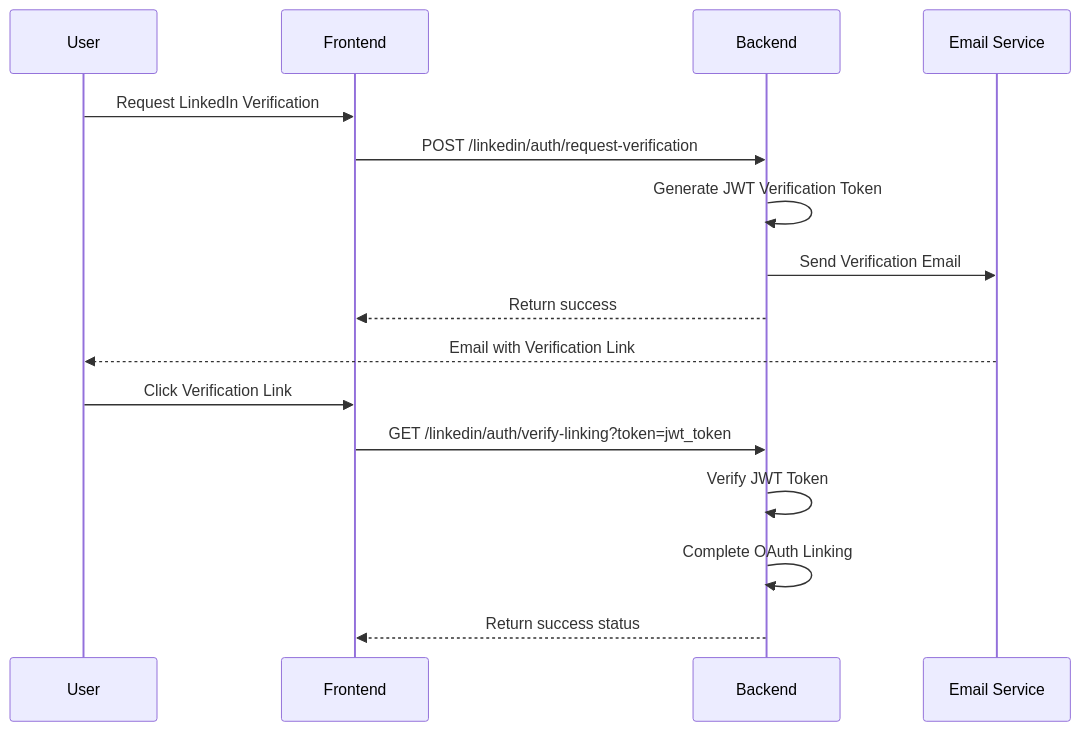
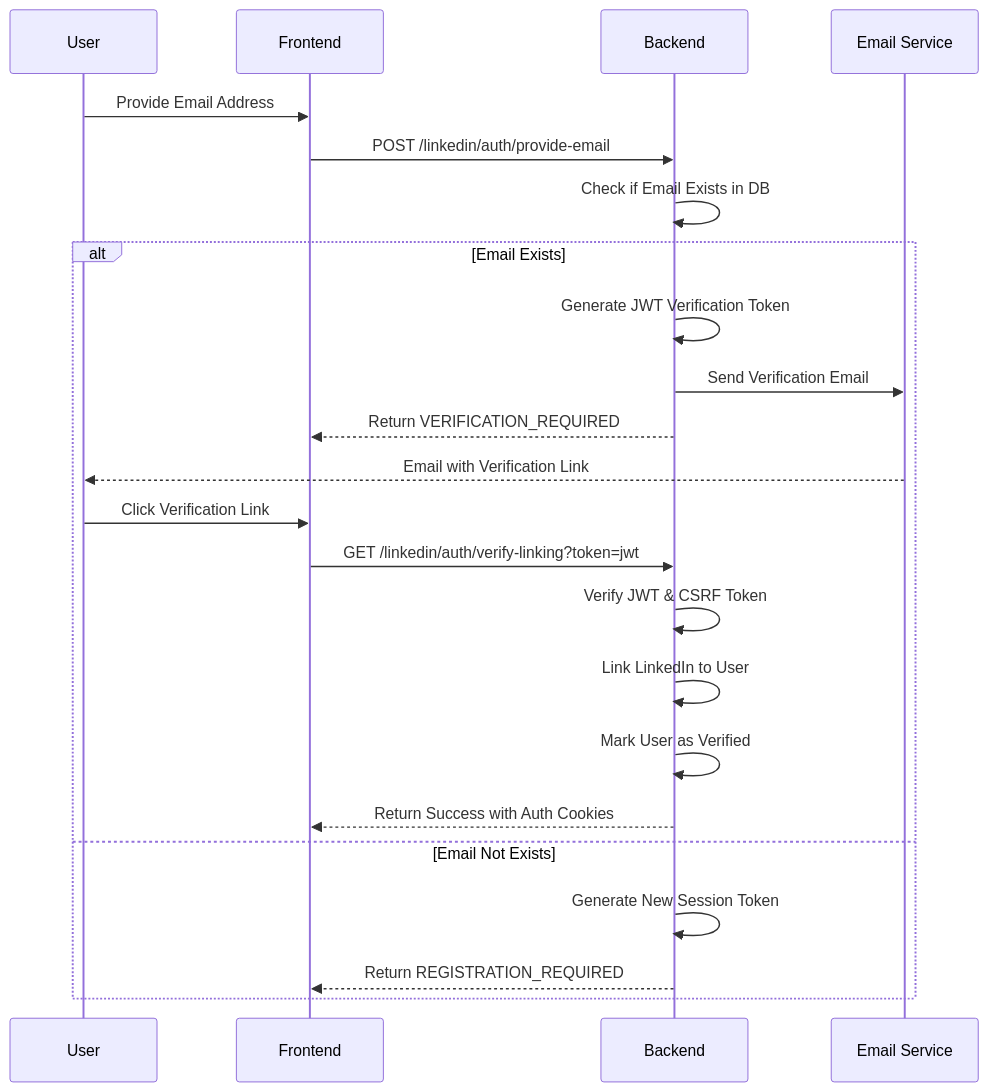
The second of 10 diagrams in docs/design_docs/linkedin_integrations/LINKEDIN_OAUTH_DESIGN.md (G11-999/kiwiq), drawn with Mermaid before and after one commit. The commit also changed other lines of this file and 6 other files, not shown here.

````diff
--- a/docs/design_docs/linkedin_integrations/LINKEDIN_OAUTH_DESIGN.md
+++ b/docs/design_docs/linkedin_integrations/LINKEDIN_OAUTH_DESIGN.md
@@ -241,20 +191,27 @@
 ```mermaid
 sequenceDiagram
     participant U as User
     participant F as Frontend
     participant B as Backend
     participant E as Email Service
     
-    U->>F: Request LinkedIn Verification
-    F->>B: POST /linkedin/auth/request-verification
-    B->>B: Generate JWT Verification Token
-    B->>E: Send Verification Email
-    B-->>F: Return success
+    U->>F: Provide Email Address
+    F->>B: POST /linkedin/auth/provide-email
+    B->>B: Check if Email Exists in DB
     
-    E-->>U: Email with Verification Link
-    U->>F: Click Verification Link
-    F->>B: GET /linkedin/auth/verify-linking?token=jwt_token
-    B->>B: Verify JWT Token
-    B->>B: Complete OAuth Linking
-    B-->>F: Return success status
+    alt Email Exists
+        B->>B: Generate JWT Verification Token
+        B->>E: Send Verification Email
+        B-->>F: Return VERIFICATION_REQUIRED
+        E-->>U: Email with Verification Link
+        U->>F: Click Verification Link
+        F->>B: GET /linkedin/auth/verify-linking?token=jwt
+        B->>B: Verify JWT & CSRF Token
+        B->>B: Link LinkedIn to User
+        B->>B: Mark User as Verified
+        B-->>F: Return Success with Auth Cookies
+    else Email Not Exists
+        B->>B: Generate New Session Token
+        B-->>F: Return REGISTRATION_REQUIRED
+    end
 ```
````
